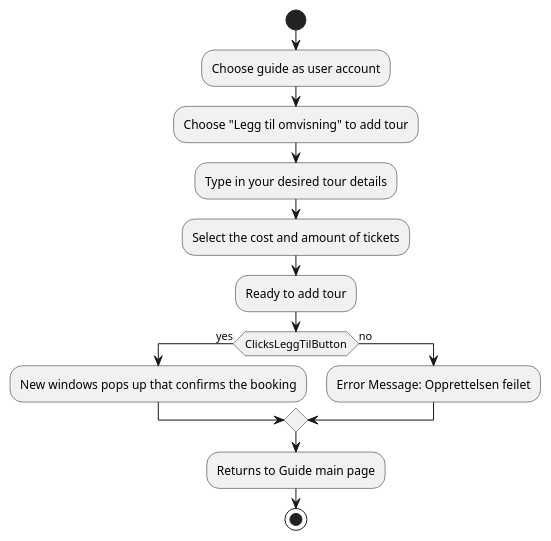
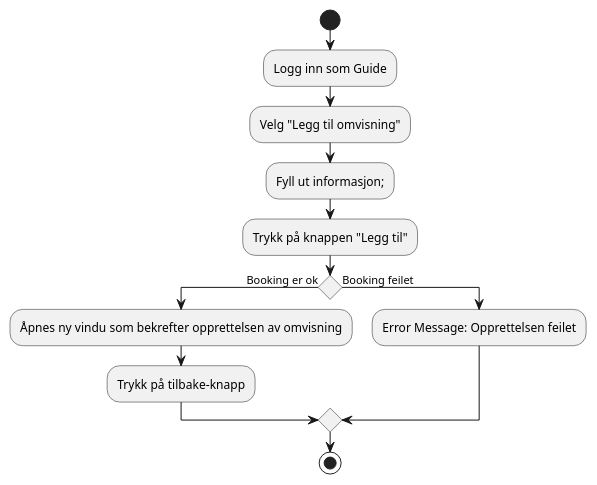
One commit to WaalerThomas/ITF20319_Gruppe13 changed the diagram in src/main/GuideMakeBooking.puml. Above: the diagram before and after it, drawn with PlantUML. The commit also changed 1 other file, not shown here.

Commit message:
created activity diagram for new user

```diff
--- a/src/main/GuideMakeBooking.puml
+++ b/src/main/GuideMakeBooking.puml
@@ -1,16 +1,15 @@
 @startuml
 'Aktivitet: Guide skal legge til en omvisning
 start
-:Choose guide as user account;
-:Choose "Legg til omvisning" to add tour;
-:Type in your desired tour details;
-:Select the cost and amount of tickets;
-:Ready to add tour;
-if (ClicksLeggTilButton) is (yes) then
-  :New windows pops up that confirms the booking;
-else (no)
+:Logg inn som Guide;
+:Velg "Legg til omvisning";
+:Fyll ut informasjon;;
+:Trykk på knappen "Legg til";
+if () is (Booking er ok) then
+  :Åpnes ny vindu som bekrefter opprettelsen av omvisning;
+  :Trykk på tilbake-knapp;
+else (Booking feilet)
   :Error Message: Opprettelsen feilet;
 endif
-:Returns to Guide main page;
 stop
 @enduml
```
